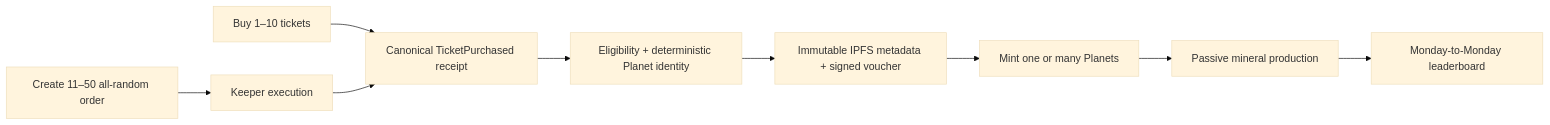
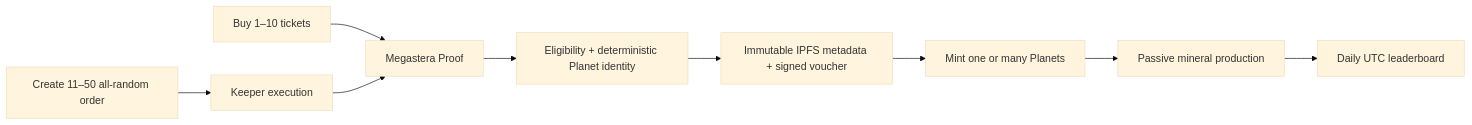
The diagram in README.md (AstralEX1/megaplanets), drawn with Mermaid (base theme) before and after one commit. The commit also changed other lines of this file and 65 other files, not shown here.

````diff
--- a/README.md
+++ b/README.md
@@ -15,10 +15,10 @@
 ```mermaid
 flowchart LR
-  A["Buy 1–10 tickets"] --> B["Canonical TicketPurchased receipt"]
+  A["Buy 1–10 tickets"] --> B["Megastera Proof"]
   A2["Create 11–50 all-random order"] --> A3["Keeper execution"] --> B
   B --> C["Eligibility + deterministic Planet identity"]
   C --> D["Immutable IPFS metadata + signed voucher"]
   D --> E["Mint one or many Planets"]
   E --> F["Passive mineral production"]
-  F --> G["Monday-to-Monday leaderboard"]
+  F --> G["Daily UTC leaderboard"]
 ```
````
